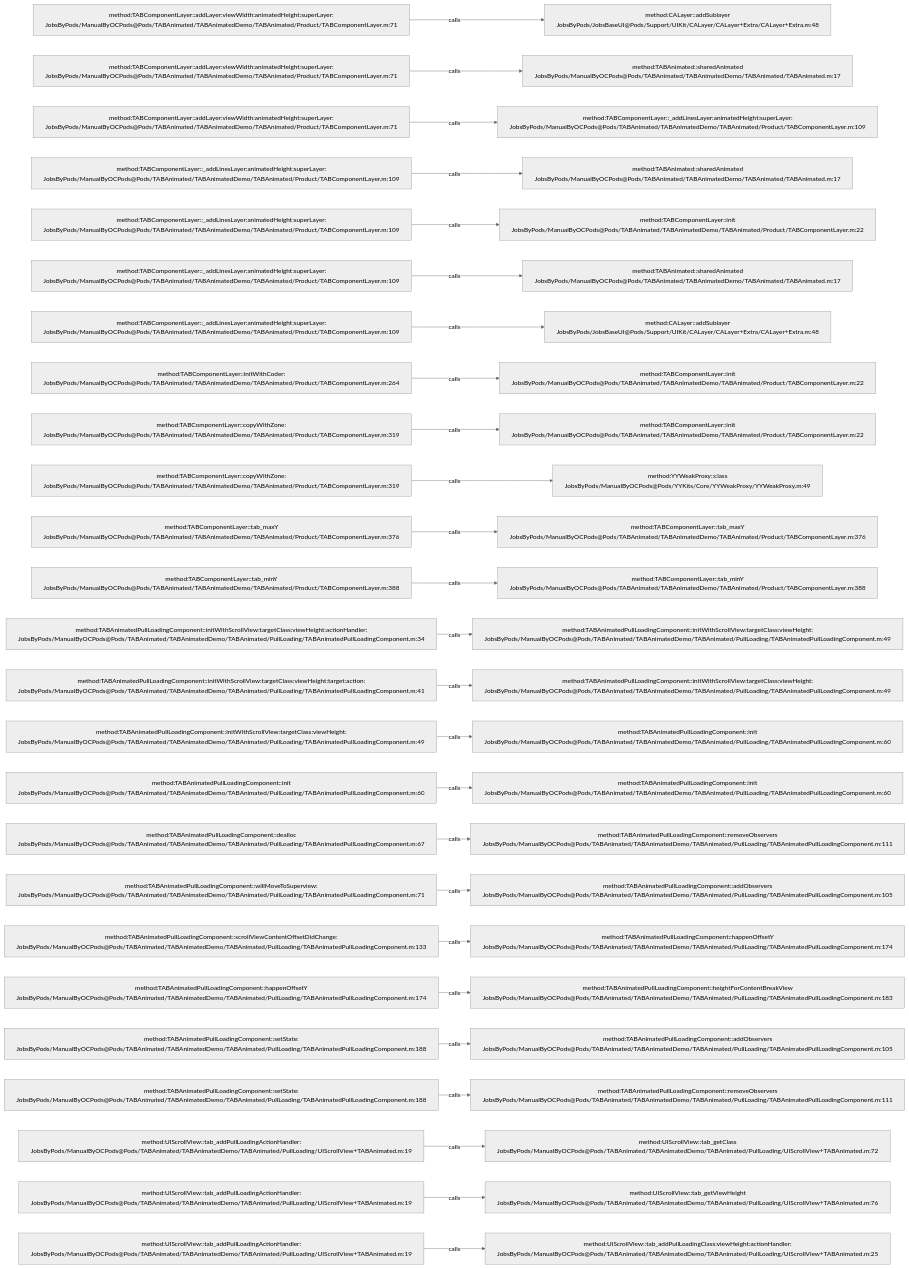
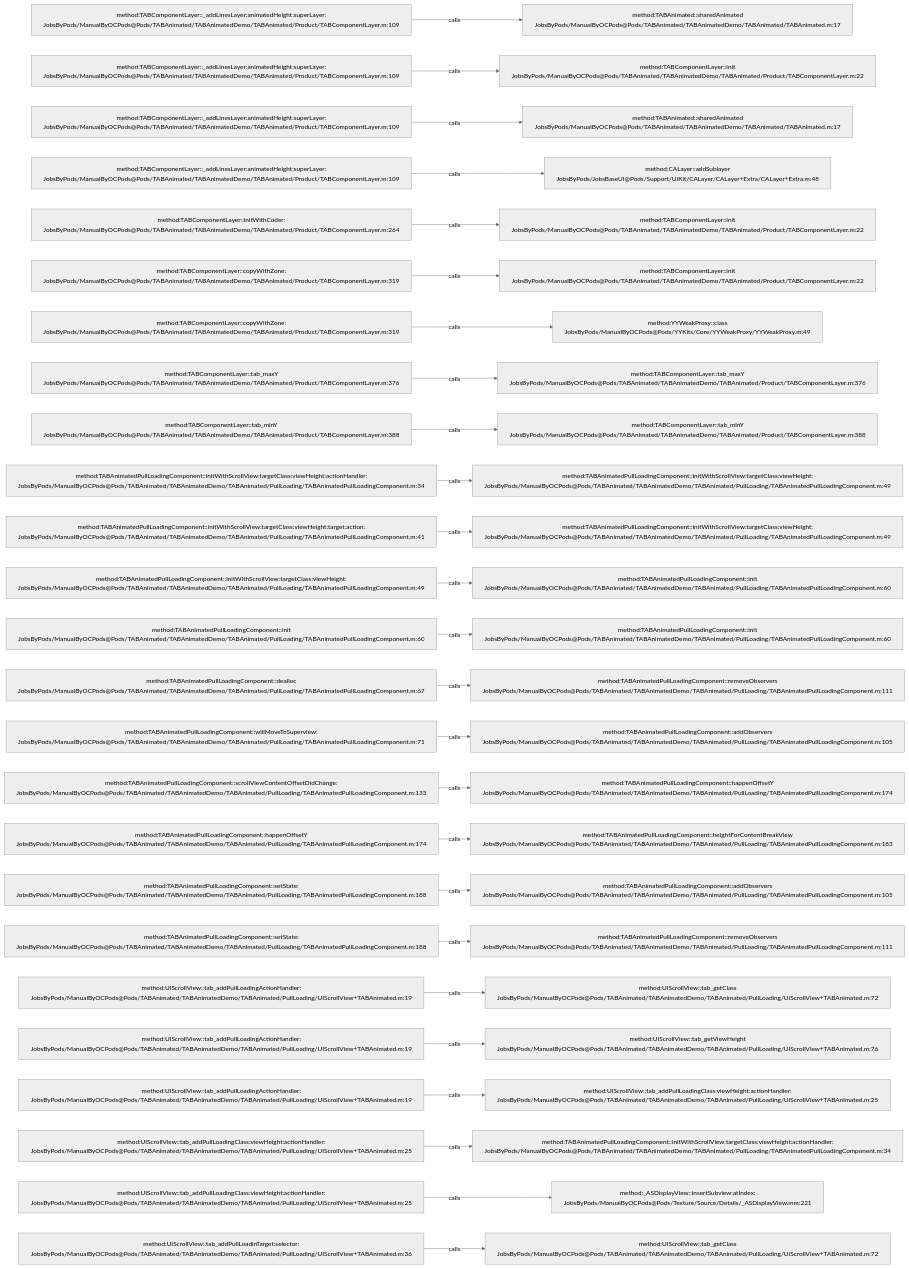
The diagram in .codegraph/codegraph.md/graphs/calls-040.md (JobsKits/JobsOCBaseConfigDemo), drawn with Mermaid (neutral theme) before and after one commit. The commit also changed 342 other files, not shown here.

````diff
--- a/.codegraph/codegraph.md/graphs/calls-040.md
+++ b/.codegraph/codegraph.md/graphs/calls-040.md
@@ -13,78 +13,78 @@
 ```mermaid
 flowchart LR
-  S1["method:TABComponentLayer::addLayer:viewWidth:animatedHeight:superLayer:<br/>JobsByPods/ManualByOCPods@Pods/TABAnimated/TABAnimatedDemo/TABAnimated/Product/TABComponentLayer.m:71"]
-  T1["method:CALayer::addSublayer<br/>JobsByPods/JobsBaseUI@Pods/Support/UIKit/CALayer/CALayer+Extra/CALayer+Extra.m:48"]
+  S1["method:TABComponentLayer::_addLinesLayer:animatedHeight:superLayer:<br/>JobsByPods/ManualByOCPods@Pods/TABAnimated/TABAnimatedDemo/TABAnimated/Product/TABComponentLayer.m:109"]
+  T1["method:TABAnimated::sharedAnimated<br/>JobsByPods/ManualByOCPods@Pods/TABAnimated/TABAnimatedDemo/TABAnimated/TABAnimated.m:17"]
   S1 -->|calls| T1
-  S2["method:TABComponentLayer::addLayer:viewWidth:animatedHeight:superLayer:<br/>JobsByPods/ManualByOCPods@Pods/TABAnimated/TABAnimatedDemo/TABAnimated/Product/TABComponentLayer.m:71"]
-  T2["method:TABAnimated::sharedAnimated<br/>JobsByPods/ManualByOCPods@Pods/TABAnimated/TABAnimatedDemo/TABAnimated/TABAnimated.m:17"]
+  S2["method:TABComponentLayer::_addLinesLayer:animatedHeight:superLayer:<br/>JobsByPods/ManualByOCPods@Pods/TABAnimated/TABAnimatedDemo/TABAnimated/Product/TABComponentLayer.m:109"]
+  T2["method:TABComponentLayer::init<br/>JobsByPods/ManualByOCPods@Pods/TABAnimated/TABAnimatedDemo/TABAnimated/Product/TABComponentLayer.m:22"]
   S2 -->|calls| T2
-  S3["method:TABComponentLayer::addLayer:viewWidth:animatedHeight:superLayer:<br/>JobsByPods/ManualByOCPods@Pods/TABAnimated/TABAnimatedDemo/TABAnimated/Product/TABComponentLayer.m:71"]
-  T3["method:TABComponentLayer::_addLinesLayer:animatedHeight:superLayer:<br/>JobsByPods/ManualByOCPods@Pods/TABAnimated/TABAnimatedDemo/TABAnimated/Product/TABComponentLayer.m:109"]
+  S3["method:TABComponentLayer::_addLinesLayer:animatedHeight:superLayer:<br/>JobsByPods/ManualByOCPods@Pods/TABAnimated/TABAnimatedDemo/TABAnimated/Product/TABComponentLayer.m:109"]
+  T3["method:TABAnimated::sharedAnimated<br/>JobsByPods/ManualByOCPods@Pods/TABAnimated/TABAnimatedDemo/TABAnimated/TABAnimated.m:17"]
   S3 -->|calls| T3
   S4["method:TABComponentLayer::_addLinesLayer:animatedHeight:superLayer:<br/>JobsByPods/ManualByOCPods@Pods/TABAnimated/TABAnimatedDemo/TABAnimated/Product/TABComponentLayer.m:109"]
-  T4["method:TABAnimated::sharedAnimated<br/>JobsByPods/ManualByOCPods@Pods/TABAnimated/TABAnimatedDemo/TABAnimated/TABAnimated.m:17"]
+  T4["method:CALayer::addSublayer<br/>JobsByPods/JobsBaseUI@Pods/Support/UIKit/CALayer/CALayer+Extra/CALayer+Extra.m:48"]
   S4 -->|calls| T4
-  S5["method:TABComponentLayer::_addLinesLayer:animatedHeight:superLayer:<br/>JobsByPods/ManualByOCPods@Pods/TABAnimated/TABAnimatedDemo/TABAnimated/Product/TABComponentLayer.m:109"]
+  S5["method:TABComponentLayer::initWithCoder:<br/>JobsByPods/ManualByOCPods@Pods/TABAnimated/TABAnimatedDemo/TABAnimated/Product/TABComponentLayer.m:264"]
   T5["method:TABComponentLayer::init<br/>JobsByPods/ManualByOCPods@Pods/TABAnimated/TABAnimatedDemo/TABAnimated/Product/TABComponentLayer.m:22"]
   S5 -->|calls| T5
-  S6["method:TABComponentLayer::_addLinesLayer:animatedHeight:superLayer:<br/>JobsByPods/ManualByOCPods@Pods/TABAnimated/TABAnimatedDemo/TABAnimated/Product/TABComponentLayer.m:109"]
-  T6["method:TABAnimated::sharedAnimated<br/>JobsByPods/ManualByOCPods@Pods/TABAnimated/TABAnimatedDemo/TABAnimated/TABAnimated.m:17"]
+  S6["method:TABComponentLayer::copyWithZone:<br/>JobsByPods/ManualByOCPods@Pods/TABAnimated/TABAnimatedDemo/TABAnimated/Product/TABComponentLayer.m:319"]
+  T6["method:TABComponentLayer::init<br/>JobsByPods/ManualByOCPods@Pods/TABAnimated/TABAnimatedDemo/TABAnimated/Product/TABComponentLayer.m:22"]
   S6 -->|calls| T6
-  S7["method:TABComponentLayer::_addLinesLayer:animatedHeight:superLayer:<br/>JobsByPods/ManualByOCPods@Pods/TABAnimated/TABAnimatedDemo/TABAnimated/Product/TABComponentLayer.m:109"]
-  T7["method:CALayer::addSublayer<br/>JobsByPods/JobsBaseUI@Pods/Support/UIKit/CALayer/CALayer+Extra/CALayer+Extra.m:48"]
+  S7["method:TABComponentLayer::copyWithZone:<br/>JobsByPods/ManualByOCPods@Pods/TABAnimated/TABAnimatedDemo/TABAnimated/Product/TABComponentLayer.m:319"]
+  T7["method:YYWeakProxy::class<br/>JobsByPods/ManualByOCPods@Pods/YYKits/Core/YYWeakProxy/YYWeakProxy.m:49"]
   S7 -->|calls| T7
-  S8["method:TABComponentLayer::initWithCoder:<br/>JobsByPods/ManualByOCPods@Pods/TABAnimated/TABAnimatedDemo/TABAnimated/Product/TABComponentLayer.m:264"]
-  T8["method:TABComponentLayer::init<br/>JobsByPods/ManualByOCPods@Pods/TABAnimated/TABAnimatedDemo/TABAnimated/Product/TABComponentLayer.m:22"]
+  S8["method:TABComponentLayer::tab_maxY<br/>JobsByPods/ManualByOCPods@Pods/TABAnimated/TABAnimatedDemo/TABAnimated/Product/TABComponentLayer.m:376"]
+  T8["method:TABComponentLayer::tab_maxY<br/>JobsByPods/ManualByOCPods@Pods/TABAnimated/TABAnimatedDemo/TABAnimated/Product/TABComponentLayer.m:376"]
   S8 -->|calls| T8
-  S9["method:TABComponentLayer::copyWithZone:<br/>JobsByPods/ManualByOCPods@Pods/TABAnimated/TABAnimatedDemo/TABAnimated/Product/TABComponentLayer.m:319"]
-  T9["method:TABComponentLayer::init<br/>JobsByPods/ManualByOCPods@Pods/TABAnimated/TABAnimatedDemo/TABAnimated/Product/TABComponentLayer.m:22"]
+  S9["method:TABComponentLayer::tab_minY<br/>JobsByPods/ManualByOCPods@Pods/TABAnimated/TABAnimatedDemo/TABAnimated/Product/TABComponentLayer.m:388"]
+  T9["method:TABComponentLayer::tab_minY<br/>JobsByPods/ManualByOCPods@Pods/TABAnimated/TABAnimatedDemo/TABAnimated/Product/TABComponentLayer.m:388"]
   S9 -->|calls| T9
-  S10["method:TABComponentLayer::copyWithZone:<br/>JobsByPods/ManualByOCPods@Pods/TABAnimated/TABAnimatedDemo/TABAnimated/Product/TABComponentLayer.m:319"]
-  T10["method:YYWeakProxy::class<br/>JobsByPods/ManualByOCPods@Pods/YYKits/Core/YYWeakProxy/YYWeakProxy.m:49"]
+  S10["method:TABAnimatedPullLoadingComponent::initWithScrollView:targetClass:viewHeight:actionHandler:<br/>JobsByPods/ManualByOCPods@Pods/TABAnimated/TABAnimatedDemo/TABAnimated/PullLoading/TABAnimatedPullLoadingComponent.m:34"]
+  T10["method:TABAnimatedPullLoadingComponent::initWithScrollView:targetClass:viewHeight:<br/>JobsByPods/ManualByOCPods@Pods/TABAnimated/TABAnimatedDemo/TABAnimated/PullLoading/TABAnimatedPullLoadingComponent.m:49"]
   S10 -->|calls| T10
-  S11["method:TABComponentLayer::tab_maxY<br/>JobsByPods/ManualByOCPods@Pods/TABAnimated/TABAnimatedDemo/TABAnimated/Product/TABComponentLayer.m:376"]
-  T11["method:TABComponentLayer::tab_maxY<br/>JobsByPods/ManualByOCPods@Pods/TABAnimated/TABAnimatedDemo/TABAnimated/Product/TABComponentLayer.m:376"]
+  S11["method:TABAnimatedPullLoadingComponent::initWithScrollView:targetClass:viewHeight:target:action:<br/>JobsByPods/ManualByOCPods@Pods/TABAnimated/TABAnimatedDemo/TABAnimated/PullLoading/TABAnimatedPullLoadingComponent.m:41"]
+  T11["method:TABAnimatedPullLoadingComponent::initWithScrollView:targetClass:viewHeight:<br/>JobsByPods/ManualByOCPods@Pods/TABAnimated/TABAnimatedDemo/TABAnimated/PullLoading/TABAnimatedPullLoadingComponent.m:49"]
   S11 -->|calls| T11
-  S12["method:TABComponentLayer::tab_minY<br/>JobsByPods/ManualByOCPods@Pods/TABAnimated/TABAnimatedDemo/TABAnimated/Product/TABComponentLayer.m:388"]
-  T12["method:TABComponentLayer::tab_minY<br/>JobsByPods/ManualByOCPods@Pods/TABAnimated/TABAnimatedDemo/TABAnimated/Product/TABComponentLayer.m:388"]
+  S12["method:TABAnimatedPullLoadingComponent::initWithScrollView:targetClass:viewHeight:<br/>JobsByPods/ManualByOCPods@Pods/TABAnimated/TABAnimatedDemo/TABAnimated/PullLoading/TABAnimatedPullLoadingComponent.m:49"]
+  T12["method:TABAnimatedPullLoadingComponent::init<br/>JobsByPods/ManualByOCPods@Pods/TABAnimated/TABAnimatedDemo/TABAnimated/PullLoading/TABAnimatedPullLoadingComponent.m:60"]
   S12 -->|calls| T12
-  S13["method:TABAnimatedPullLoadingComponent::initWithScrollView:targetClass:viewHeight:actionHandler:<br/>JobsByPods/ManualByOCPods@Pods/TABAnimated/TABAnimatedDemo/TABAnimated/PullLoading/TABAnimatedPullLoadingComponent.m:34"]
-  T13["method:TABAnimatedPullLoadingComponent::initWithScrollView:targetClass:viewHeight:<br/>JobsByPods/ManualByOCPods@Pods/TABAnimated/TABAnimatedDemo/TABAnimated/PullLoading/TABAnimatedPullLoadingComponent.m:49"]
+  S13["method:TABAnimatedPullLoadingComponent::init<br/>JobsByPods/ManualByOCPods@Pods/TABAnimated/TABAnimatedDemo/TABAnimated/PullLoading/TABAnimatedPullLoadingComponent.m:60"]
+  T13["method:TABAnimatedPullLoadingComponent::init<br/>JobsByPods/ManualByOCPods@Pods/TABAnimated/TABAnimatedDemo/TABAnimated/PullLoading/TABAnimatedPullLoadingComponent.m:60"]
   S13 -->|calls| T13
-  S14["method:TABAnimatedPullLoadingComponent::initWithScrollView:targetClass:viewHeight:target:action:<br/>JobsByPods/ManualByOCPods@Pods/TABAnimated/TABAnimatedDemo/TABAnimated/PullLoading/TABAnimatedPullLoadingComponent.m:41"]
-  T14["method:TABAnimatedPullLoadingComponent::initWithScrollView:targetClass:viewHeight:<br/>JobsByPods/ManualByOCPods@Pods/TABAnimated/TABAnimatedDemo/TABAnimated/PullLoading/TABAnimatedPullLoadingComponent.m:49"]
+  S14["method:TABAnimatedPullLoadingComponent::dealloc<br/>JobsByPods/ManualByOCPods@Pods/TABAnimated/TABAnimatedDemo/TABAnimated/PullLoading/TABAnimatedPullLoadingComponent.m:67"]
+  T14["method:TABAnimatedPullLoadingComponent::removeObservers<br/>JobsByPods/ManualByOCPods@Pods/TABAnimated/TABAnimatedDemo/TABAnimated/PullLoading/TABAnimatedPullLoadingComponent.m:111"]
   S14 -->|calls| T14
-  S15["method:TABAnimatedPullLoadingComponent::initWithScrollView:targetClass:viewHeight:<br/>JobsByPods/ManualByOCPods@Pods/TABAnimated/TABAnimatedDemo/TABAnimated/PullLoading/TABAnimatedPullLoadingComponent.m:49"]
-  T15["method:TABAnimatedPullLoadingComponent::init<br/>JobsByPods/ManualByOCPods@Pods/TABAnimated/TABAnimatedDemo/TABAnimated/PullLoading/TABAnimatedPullLoadingComponent.m:60"]
+  S15["method:TABAnimatedPullLoadingComponent::willMoveToSuperview:<br/>JobsByPods/ManualByOCPods@Pods/TABAnimated/TABAnimatedDemo/TABAnimated/PullLoading/TABAnimatedPullLoadingComponent.m:71"]
+  T15["method:TABAnimatedPullLoadingComponent::addObservers<br/>JobsByPods/ManualByOCPods@Pods/TABAnimated/TABAnimatedDemo/TABAnimated/PullLoading/TABAnimatedPullLoadingComponent.m:105"]
   S15 -->|calls| T15
-  S16["method:TABAnimatedPullLoadingComponent::init<br/>JobsByPods/ManualByOCPods@Pods/TABAnimated/TABAnimatedDemo/TABAnimated/PullLoading/TABAnimatedPullLoadingComponent.m:60"]
-  T16["method:TABAnimatedPullLoadingComponent::init<br/>JobsByPods/ManualByOCPods@Pods/TABAnimated/TABAnimatedDemo/TABAnimated/PullLoading/TABAnimatedPullLoadingComponent.m:60"]
+  S16["method:TABAnimatedPullLoadingComponent::scrollViewContentOffsetDidChange:<br/>JobsByPods/ManualByOCPods@Pods/TABAnimated/TABAnimatedDemo/TABAnimated/PullLoading/TABAnimatedPullLoadingComponent.m:133"]
+  T16["method:TABAnimatedPullLoadingComponent::happenOffsetY<br/>JobsByPods/ManualByOCPods@Pods/TABAnimated/TABAnimatedDemo/TABAnimated/PullLoading/TABAnimatedPullLoadingComponent.m:174"]
   S16 -->|calls| T16
-  S17["method:TABAnimatedPullLoadingComponent::dealloc<br/>JobsByPods/ManualByOCPods@Pods/TABAnimated/TABAnimatedDemo/TABAnimated/PullLoading/TABAnimatedPullLoadingComponent.m:67"]
-  T17["method:TABAnimatedPullLoadingComponent::removeObservers<br/>JobsByPods/ManualByOCPods@Pods/TABAnimated/TABAnimatedDemo/TABAnimated/PullLoading/TABAnimatedPullLoadingComponent.m:111"]
+  S17["method:TABAnimatedPullLoadingComponent::happenOffsetY<br/>JobsByPods/ManualByOCPods@Pods/TABAnimated/TABAnimatedDemo/TABAnimated/PullLoading/TABAnimatedPullLoadingComponent.m:174"]
+  T17["method:TABAnimatedPullLoadingComponent::heightForContentBreakView<br/>JobsByPods/ManualByOCPods@Pods/TABAnimated/TABAnimatedDemo/TABAnimated/PullLoading/TABAnimatedPullLoadingComponent.m:183"]
   S17 -->|calls| T17
-  S18["method:TABAnimatedPullLoadingComponent::willMoveToSuperview:<br/>JobsByPods/ManualByOCPods@Pods/TABAnimated/TABAnimatedDemo/TABAnimated/PullLoading/TABAnimatedPullLoadingComponent.m:71"]
+  S18["method:TABAnimatedPullLoadingComponent::setState:<br/>JobsByPods/ManualByOCPods@Pods/TABAnimated/TABAnimatedDemo/TABAnimated/PullLoading/TABAnimatedPullLoadingComponent.m:188"]
   T18["method:TABAnimatedPullLoadingComponent::addObservers<br/>JobsByPods/ManualByOCPods@Pods/TABAnimated/TABAnimatedDemo/TABAnimated/PullLoading/TABAnimatedPullLoadingComponent.m:105"]
   S18 -->|calls| T18
-  S19["method:TABAnimatedPullLoadingComponent::scrollViewContentOffsetDidChange:<br/>JobsByPods/ManualByOCPods@Pods/TABAnimated/TABAnimatedDemo/TABAnimated/PullLoading/TABAnimatedPullLoadingComponent.m:133"]
-  T19["method:TABAnimatedPullLoadingComponent::happenOffsetY<br/>JobsByPods/ManualByOCPods@Pods/TABAnimated/TABAnimatedDemo/TABAnimated/PullLoading/TABAnimatedPullLoadingComponent.m:174"]
+  S19["method:TABAnimatedPullLoadingComponent::setState:<br/>JobsByPods/ManualByOCPods@Pods/TABAnimated/TABAnimatedDemo/TABAnimated/PullLoading/TABAnimatedPullLoadingComponent.m:188"]
+  T19["method:TABAnimatedPullLoadingComponent::removeObservers<br/>JobsByPods/ManualByOCPods@Pods/TABAnimated/TABAnimatedDemo/TABAnimated/PullLoading/TABAnimatedPullLoadingComponent.m:111"]
   S19 -->|calls| T19
-  S20["method:TABAnimatedPullLoadingComponent::happenOffsetY<br/>JobsByPods/ManualByOCPods@Pods/TABAnimated/TABAnimatedDemo/TABAnimated/PullLoading/TABAnimatedPullLoadingComponent.m:174"]
-  T20["method:TABAnimatedPullLoadingComponent::heightForContentBreakView<br/>JobsByPods/ManualByOCPods@Pods/TABAnimated/TABAnimatedDemo/TABAnimated/PullLoading/TABAnimatedPullLoadingComponent.m:183"]
+  S20["method:UIScrollView::tab_addPullLoadingActionHandler:<br/>JobsByPods/ManualByOCPods@Pods/TABAnimated/TABAnimatedDemo/TABAnimated/PullLoading/UIScrollView+TABAnimated.m:19"]
+  T20["method:UIScrollView::tab_getClass<br/>JobsByPods/ManualByOCPods@Pods/TABAnimated/TABAnimatedDemo/TABAnimated/PullLoading/UIScrollView+TABAnimated.m:72"]
   S20 -->|calls| T20
-  S21["method:TABAnimatedPullLoadingComponent::setState:<br/>JobsByPods/ManualByOCPods@Pods/TABAnimated/TABAnimatedDemo/TABAnimated/PullLoading/TABAnimatedPullLoadingComponent.m:188"]
-  T21["method:TABAnimatedPullLoadingComponent::addObservers<br/>JobsByPods/ManualByOCPods@Pods/TABAnimated/TABAnimatedDemo/TABAnimated/PullLoading/TABAnimatedPullLoadingComponent.m:105"]
+  S21["method:UIScrollView::tab_addPullLoadingActionHandler:<br/>JobsByPods/ManualByOCPods@Pods/TABAnimated/TABAnimatedDemo/TABAnimated/PullLoading/UIScrollView+TABAnimated.m:19"]
+  T21["method:UIScrollView::tab_getViewHeight<br/>JobsByPods/ManualByOCPods@Pods/TABAnimated/TABAnimatedDemo/TABAnimated/PullLoading/UIScrollView+TABAnimated.m:76"]
   S21 -->|calls| T21
-  S22["method:TABAnimatedPullLoadingComponent::setState:<br/>JobsByPods/ManualByOCPods@Pods/TABAnimated/TABAnimatedDemo/TABAnimated/PullLoading/TABAnimatedPullLoadingComponent.m:188"]
-  T22["method:TABAnimatedPullLoadingComponent::removeObservers<br/>JobsByPods/ManualByOCPods@Pods/TABAnimated/TABAnimatedDemo/TABAnimated/PullLoading/TABAnimatedPullLoadingComponent.m:111"]
+  S22["method:UIScrollView::tab_addPullLoadingActionHandler:<br/>JobsByPods/ManualByOCPods@Pods/TABAnimated/TABAnimatedDemo/TABAnimated/PullLoading/UIScrollView+TABAnimated.m:19"]
+  T22["method:UIScrollView::tab_addPullLoadingClass:viewHeight:actionHandler:<br/>JobsByPods/ManualByOCPods@Pods/TABAnimated/TABAnimatedDemo/TABAnimated/PullLoading/UIScrollView+TABAnimated.m:25"]
   S22 -->|calls| T22
-  S23["method:UIScrollView::tab_addPullLoadingActionHandler:<br/>JobsByPods/ManualByOCPods@Pods/TABAnimated/TABAnimatedDemo/TABAnimated/PullLoading/UIScrollView+TABAnimated.m:19"]
-  T23["method:UIScrollView::tab_getClass<br/>JobsByPods/ManualByOCPods@Pods/TABAnimated/TABAnimatedDemo/TABAnimated/PullLoading/UIScrollView+TABAnimated.m:72"]
+  S23["method:UIScrollView::tab_addPullLoadingClass:viewHeight:actionHandler:<br/>JobsByPods/ManualByOCPods@Pods/TABAnimated/TABAnimatedDemo/TABAnimated/PullLoading/UIScrollView+TABAnimated.m:25"]
+  T23["method:TABAnimatedPullLoadingComponent::initWithScrollView:targetClass:viewHeight:actionHandler:<br/>JobsByPods/ManualByOCPods@Pods/TABAnimated/TABAnimatedDemo/TABAnimated/PullLoading/TABAnimatedPullLoadingComponent.m:34"]
   S23 -->|calls| T23
-  S24["method:UIScrollView::tab_addPullLoadingActionHandler:<br/>JobsByPods/ManualByOCPods@Pods/TABAnimated/TABAnimatedDemo/TABAnimated/PullLoading/UIScrollView+TABAnimated.m:19"]
-  T24["method:UIScrollView::tab_getViewHeight<br/>JobsByPods/ManualByOCPods@Pods/TABAnimated/TABAnimatedDemo/TABAnimated/PullLoading/UIScrollView+TABAnimated.m:76"]
+  S24["method:UIScrollView::tab_addPullLoadingClass:viewHeight:actionHandler:<br/>JobsByPods/ManualByOCPods@Pods/TABAnimated/TABAnimatedDemo/TABAnimated/PullLoading/UIScrollView+TABAnimated.m:25"]
+  T24["method:_ASDisplayView::insertSubview:atIndex:<br/>JobsByPods/ManualByOCPods@Pods/Texture/Source/Details/_ASDisplayView.mm:221"]
   S24 -->|calls| T24
-  S25["method:UIScrollView::tab_addPullLoadingActionHandler:<br/>JobsByPods/ManualByOCPods@Pods/TABAnimated/TABAnimatedDemo/TABAnimated/PullLoading/UIScrollView+TABAnimated.m:19"]
-  T25["method:UIScrollView::tab_addPullLoadingClass:viewHeight:actionHandler:<br/>JobsByPods/ManualByOCPods@Pods/TABAnimated/TABAnimatedDemo/TABAnimated/PullLoading/UIScrollView+TABAnimated.m:25"]
+  S25["method:UIScrollView::tab_addPullLoadinTarget:selector:<br/>JobsByPods/ManualByOCPods@Pods/TABAnimated/TABAnimatedDemo/TABAnimated/PullLoading/UIScrollView+TABAnimated.m:36"]
+  T25["method:UIScrollView::tab_getClass<br/>JobsByPods/ManualByOCPods@Pods/TABAnimated/TABAnimatedDemo/TABAnimated/PullLoading/UIScrollView+TABAnimated.m:72"]
   S25 -->|calls| T25
 ```
````
